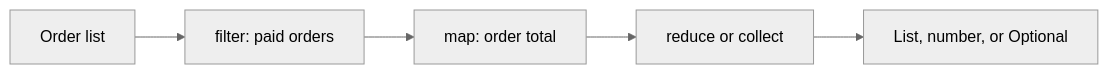
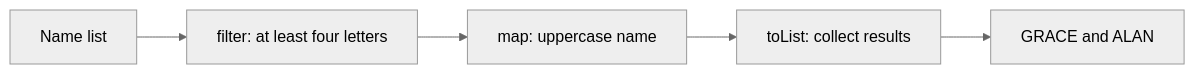
One commit to Prem-Duvvapu/cs-fundamentals-with-ui changed the first of 4 diagrams in content/java-spring/01i-java-streams-optional.md. Above: the diagram before and after it, drawn with Mermaid (neutral theme). The commit also changed other lines of this file and 91 other files, not shown here.

````diff
--- a/content/java-spring/01i-java-streams-optional.md
+++ b/content/java-spring/01i-java-streams-optional.md
@@ -23,7 +43,7 @@
 ```mermaid
 flowchart LR
-    S["Order list"] --> F["filter: paid orders"]
-    F --> M["map: order total"]
-    M --> R["reduce or collect"]
-    R --> O["List, number, or Optional"]
+    S["Name list"] --> F["filter: at least four letters"]
+    F --> M["map: uppercase name"]
+    M --> R["toList: collect results"]
+    R --> O["GRACE and ALAN"]
 ```
````
